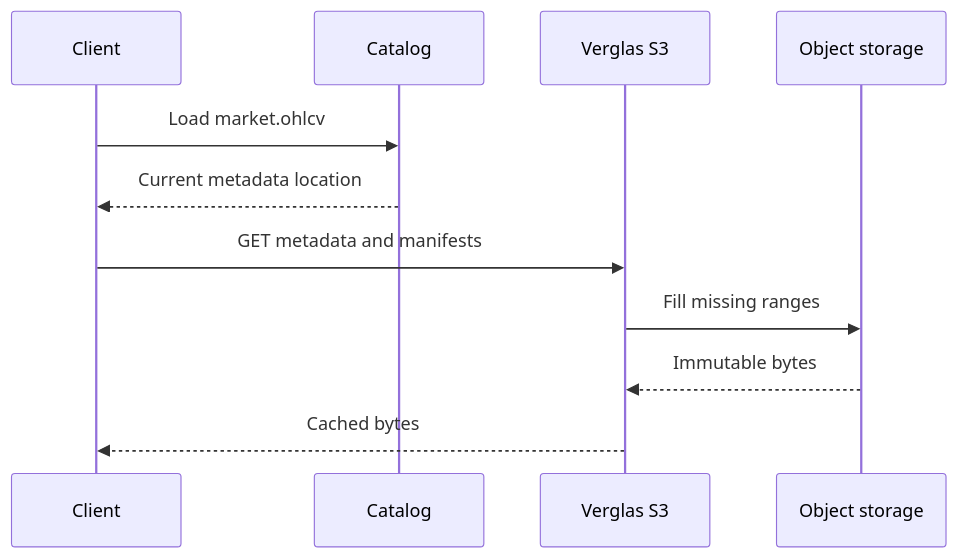
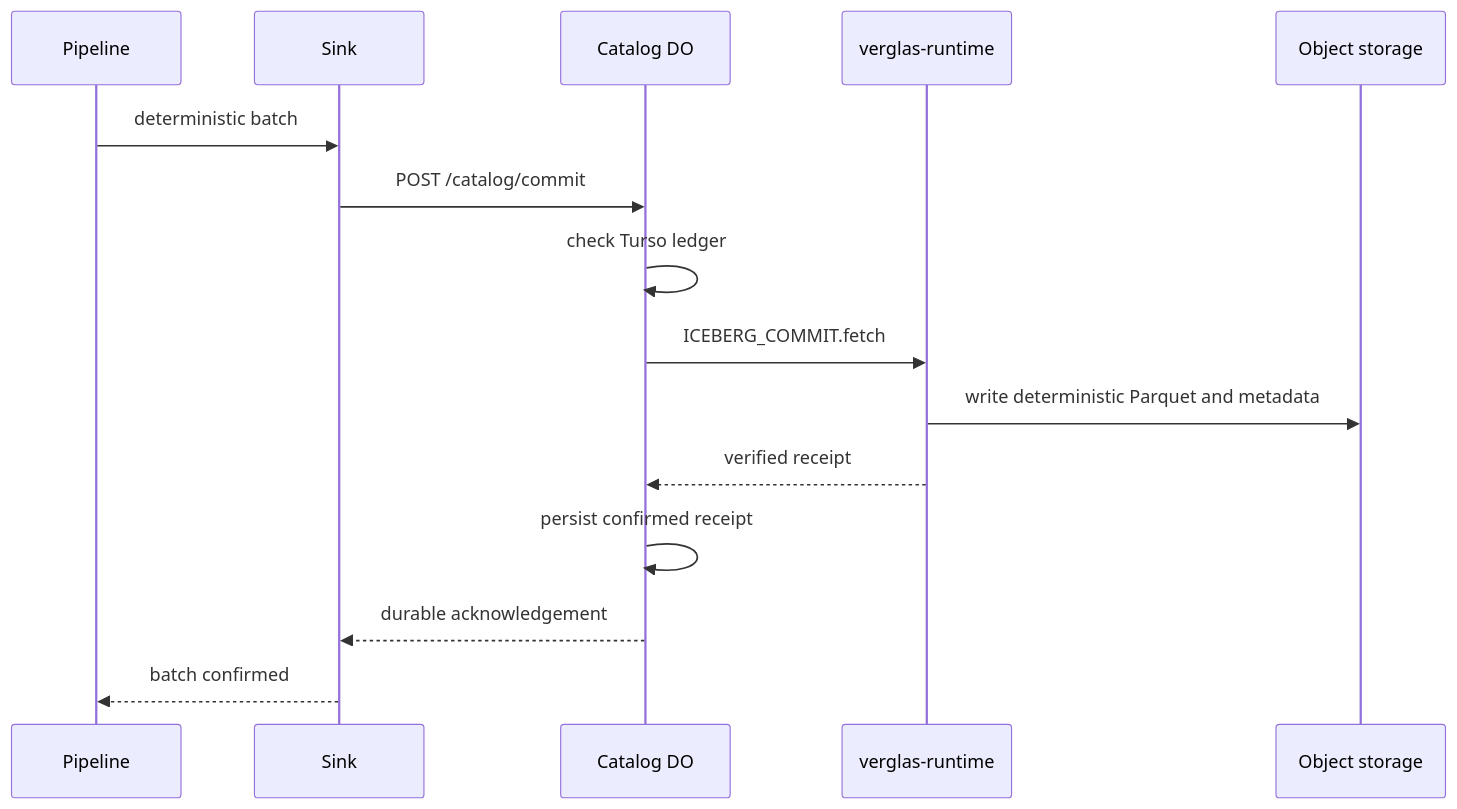
The diagram in docs/architecture/iceberg.mdx (verglas-org/verglas), drawn with Mermaid before and after one commit. The commit also changed other lines of this file and 345 other files, not shown here.

````diff
--- a/docs/architecture/iceberg.mdx
+++ b/docs/architecture/iceberg.mdx
@@ -26,14 +20,18 @@
 ```mermaid
 sequenceDiagram
-    participant Client
-    participant Catalog
-    participant Verglas as Verglas S3
+    participant Pipeline
+    participant Sink
+    participant Catalog as Catalog DO
+    participant Runtime as verglas-runtime
     participant Origin as Object storage
 
-    Client->>Catalog: Load market.ohlcv
-    Catalog-->>Client: Current metadata location
-    Client->>Verglas: GET metadata and manifests
-    Verglas->>Origin: Fill missing ranges
-    Origin-->>Verglas: Immutable bytes
-    Verglas-->>Client: Cached bytes
+    Pipeline->>Sink: deterministic batch
+    Sink->>Catalog: POST /catalog/commit
+    Catalog->>Catalog: check Turso ledger
+    Catalog->>Runtime: ICEBERG_COMMIT.fetch
+    Runtime->>Origin: write deterministic Parquet and metadata
+    Runtime-->>Catalog: verified receipt
+    Catalog->>Catalog: persist confirmed receipt
+    Catalog-->>Sink: durable acknowledgement
+    Sink-->>Pipeline: batch confirmed
 ```
````
